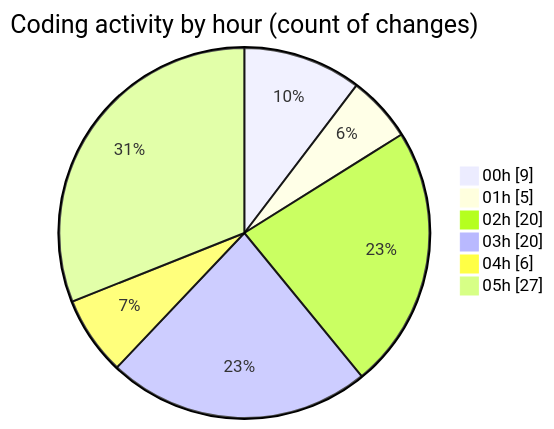
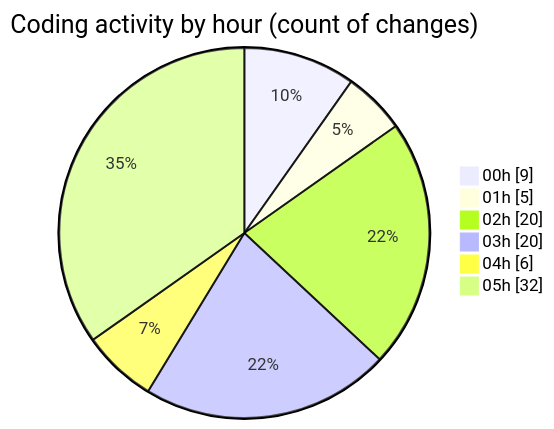
The second of 2 diagrams in 2025-08-05/studybuddy/README.md (lephambinh05/code-tracking), drawn with Mermaid before and after one commit. The commit also changed other lines of this file and 1 other file, not shown here.

````diff
--- a/2025-08-05/studybuddy/README.md
+++ b/2025-08-05/studybuddy/README.md
@@ -55,10 +57,10 @@
 ```mermaid
 pie showData
 title Coding activity by hour (count of changes)
 "00h" : 9
 "01h" : 5
 "02h" : 20
 "03h" : 20
 "04h" : 6
-"05h" : 27
+"05h" : 32
 ```
````
